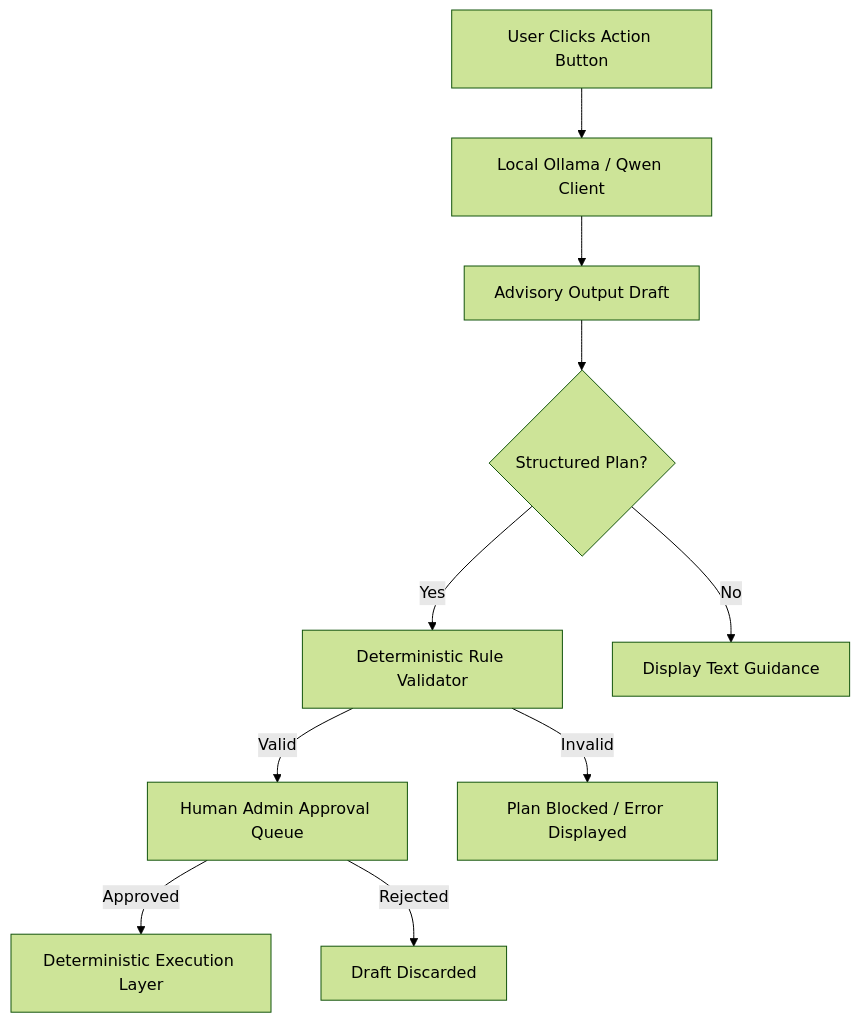
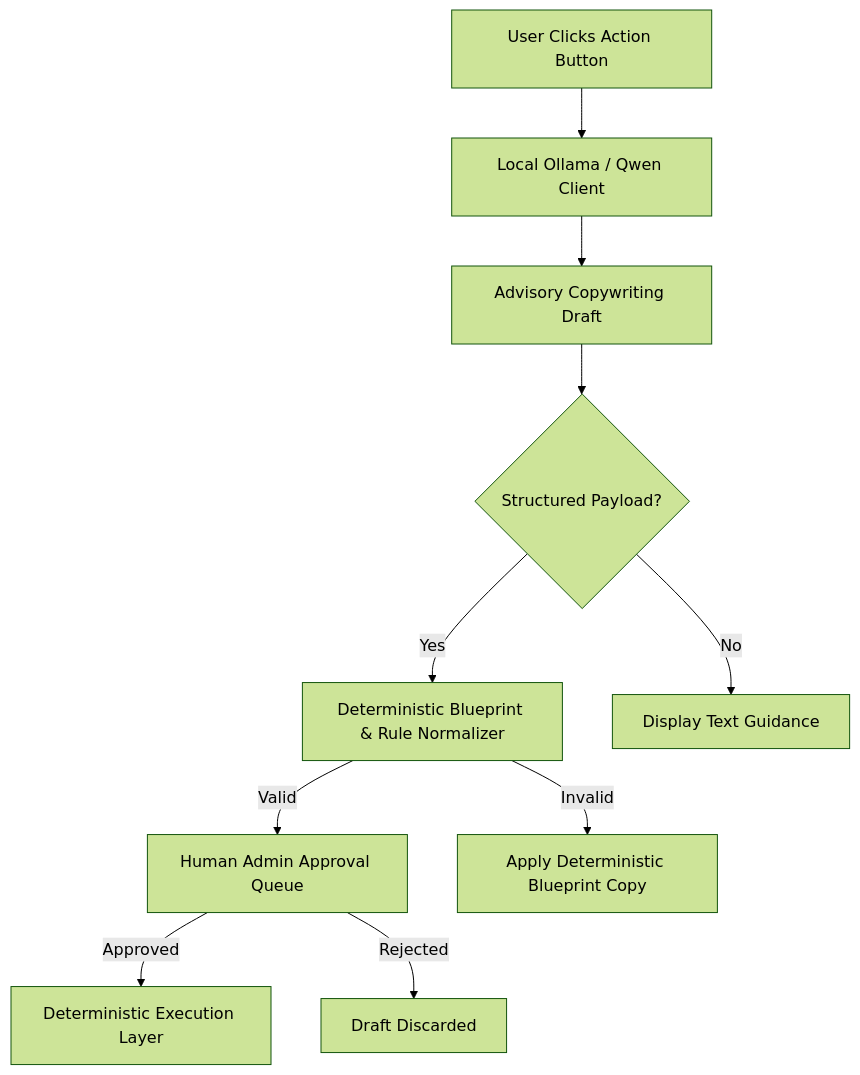
Before and after one commit to ZAKARIAE48CHELLE/Digital-Twin-Client-Classification: the diagram in docs/OSMOS_LLM_Assisted_Action_Intelligence.md, drawn with Mermaid (forest theme). The commit also changed other lines of this file and 12 other files, not shown here.

````diff
--- a/docs/OSMOS_LLM_Assisted_Action_Intelligence.md
+++ b/docs/OSMOS_LLM_Assisted_Action_Intelligence.md
@@ -11,15 +11,15 @@
 ```mermaid
 flowchart TD
     UserTrigger[User Clicks Action Button] --> Ollama[Local Ollama / Qwen Client]
-    Ollama --> AdvisoryOutput[Advisory Output Draft]
-    AdvisoryOutput --> Validation{Structured Plan?}
+    Ollama --> AdvisoryOutput[Advisory Copywriting Draft]
+    AdvisoryOutput --> Validation{Structured Payload?}
     
-    Validation -->|Yes| RuleValidator[Deterministic Rule Validator]
-    RuleValidator -->|Valid| AdminApproval[Human Admin Approval Queue]
-    RuleValidator -->|Invalid| Block[Plan Blocked / Error Displayed]
+    Validation -->|Yes| BlueprintCheck[Deterministic Blueprint & Rule Normalizer]
+    BlueprintCheck -->|Valid| AdminApproval[Human Admin Approval Queue]
+    BlueprintCheck -->|Invalid| Fallback[Apply Deterministic Blueprint Copy]
     
     Validation -->|No| Display[Display Text Guidance]
     
     AdminApproval -->|Approved| Execution[Deterministic Execution Layer]
     AdminApproval -->|Rejected| Discard[Draft Discarded]
 ```
````
